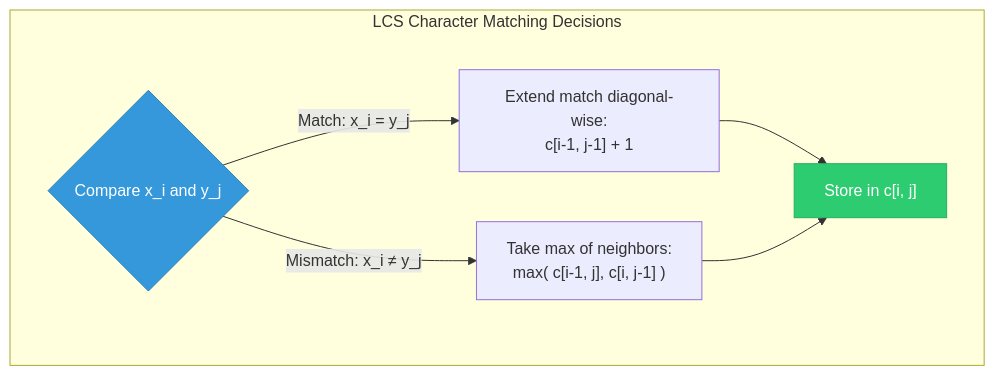
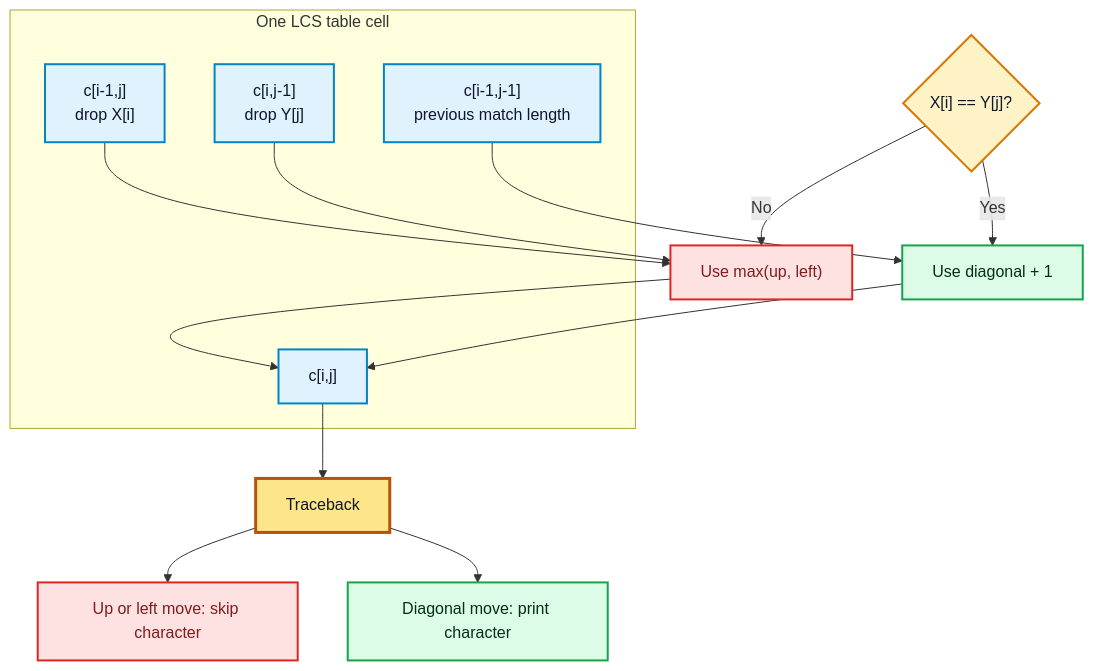
One commit to M-F-Tushar/CSE-2201-2202-Algorithm-Design-and-Analysis-Sessional changed the tenth of 18 diagrams in Chapter 8 - Dynamic Programming/README.md. Above: the diagram before and after it, drawn with Mermaid. The commit also changed other lines of this file, not shown here.

````diff
--- a/Chapter 8 - Dynamic Programming/README.md
+++ b/Chapter 8 - Dynamic Programming/README.md
@@ -920,13 +909,30 @@
 ```mermaid
-graph TD
-    subgraph "LCS Character Matching Decisions"
-        Compare{"Compare x_i and y_j"} -->|Match: x_i = y_j| Diagonal["Extend match diagonal-wise:<br/>c[i-1, j-1] + 1"]
-        Compare -->|Mismatch: x_i ≠ y_j| MaxNeighbors["Take max of neighbors:<br/>max( c[i-1, j], c[i, j-1] )"]
-        
-        Diagonal --> Save["Store in c[i, j]"]
-        MaxNeighbors --> Save
-        
-        style Compare fill:#3498db,stroke:#2980b9,color:#fff
-        style Save fill:#2ecc71,stroke:#27ae60,color:#fff
+flowchart TB
+    subgraph Matrix[One LCS table cell]
+        Up["c[i-1,j]<br/>drop X[i]"]
+        Left["c[i,j-1]<br/>drop Y[j]"]
+        Diag["c[i-1,j-1]<br/>previous match length"]
+        Current["c[i,j]"]
     end
+
+    Compare{"X[i] == Y[j]?"} -->|Yes| Match["Use diagonal + 1"]
+    Compare -->|No| Mismatch["Use max(up, left)"]
+    Diag --> Match --> Current
+    Up --> Mismatch --> Current
+    Left --> Mismatch
+
+    Current --> Trace["Traceback"]
+    Trace --> DiagMove["Diagonal move: print character"]
+    Trace --> UpLeftMove["Up or left move: skip character"]
+
+    classDef table fill:#e0f2fe,stroke:#0284c7,stroke-width:2px,color:#0f172a;
+    classDef decision fill:#fef3c7,stroke:#d97706,stroke-width:2px,color:#111827;
+    classDef match fill:#dcfce7,stroke:#16a34a,stroke-width:2px,color:#052e16;
+    classDef skip fill:#fee2e2,stroke:#dc2626,stroke-width:2px,color:#7f1d1d;
+    classDef answer fill:#fde68a,stroke:#b45309,stroke-width:3px,color:#111827;
+    class Up,Left,Diag,Current table;
+    class Compare decision;
+    class Match,DiagMove match;
+    class Mismatch,UpLeftMove skip;
+    class Trace answer;
 ```
````
